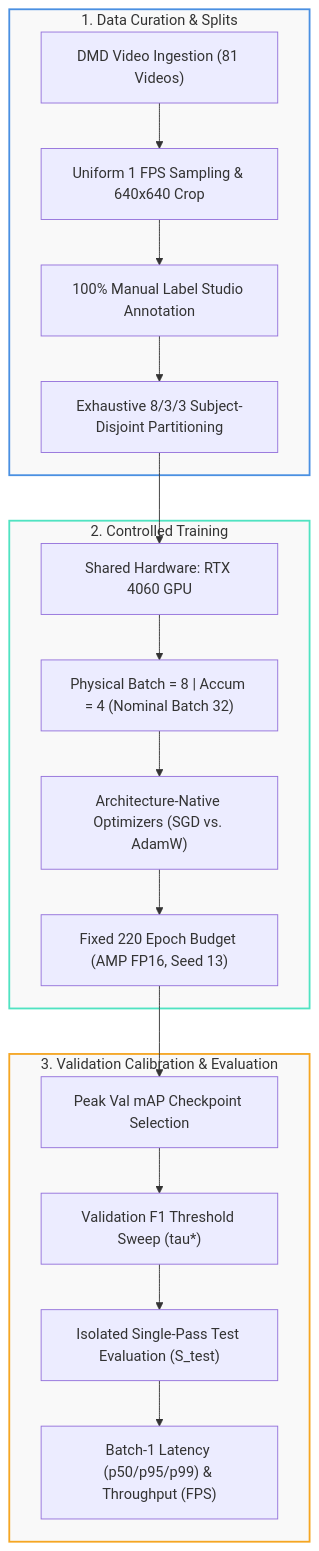
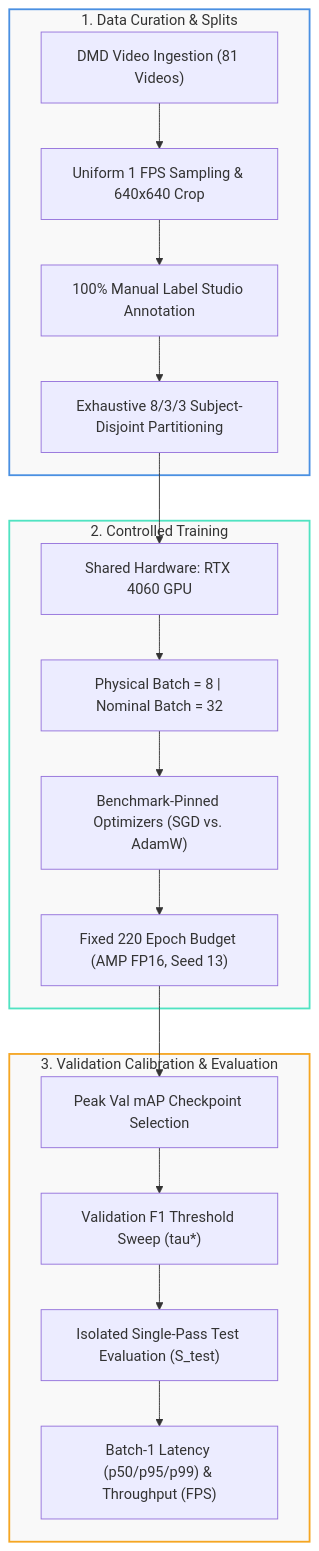
One commit to IamOumarIbrahim/DMS-Eval changed the diagram in docs/README.md. Above: the diagram before and after it, drawn with Mermaid. The commit also changed other lines of this file and 54 other files, not shown here.

````diff
--- a/docs/README.md
+++ b/docs/README.md
@@ -11,26 +11,26 @@
 ```mermaid
 flowchart TD
     subgraph Data["1. Data Curation & Splits"]
         A1["DMD Video Ingestion (81 Videos)"] --> A2["Uniform 1 FPS Sampling & 640x640 Crop"]
         A2 --> A3["100% Manual Label Studio Annotation"]
         A3 --> A4["Exhaustive 8/3/3 Subject-Disjoint Partitioning"]
     end
 
     subgraph Train["2. Controlled Training"]
         A4 --> B1["Shared Hardware: RTX 4060 GPU"]
-        B1 --> B2["Physical Batch = 8 | Accum = 4 (Nominal Batch 32)"]
-        B2 --> B3["Architecture-Native Optimizers (SGD vs. AdamW)"]
+        B1 --> B2["Physical Batch = 8 | Nominal Batch = 32"]
+        B2 --> B3["Benchmark-Pinned Optimizers (SGD vs. AdamW)"]
         B3 --> B4["Fixed 220 Epoch Budget (AMP FP16, Seed 13)"]
     end
 
     subgraph Eval["3. Validation Calibration & Evaluation"]
         B4 --> C1["Peak Val mAP Checkpoint Selection"]
         C1 --> C2["Validation F1 Threshold Sweep (tau*)"]
         C2 --> C3["Isolated Single-Pass Test Evaluation (S_test)"]
         C3 --> C4["Batch-1 Latency (p50/p95/p99) & Throughput (FPS)"]
     end
 
     style Data fill:#f9f9f9,stroke:#4a90e2,stroke-width:2px
     style Train fill:#f9f9f9,stroke:#50e3c2,stroke-width:2px
     style Eval fill:#f9f9f9,stroke:#f5a623,stroke-width:2px
 ```
````
